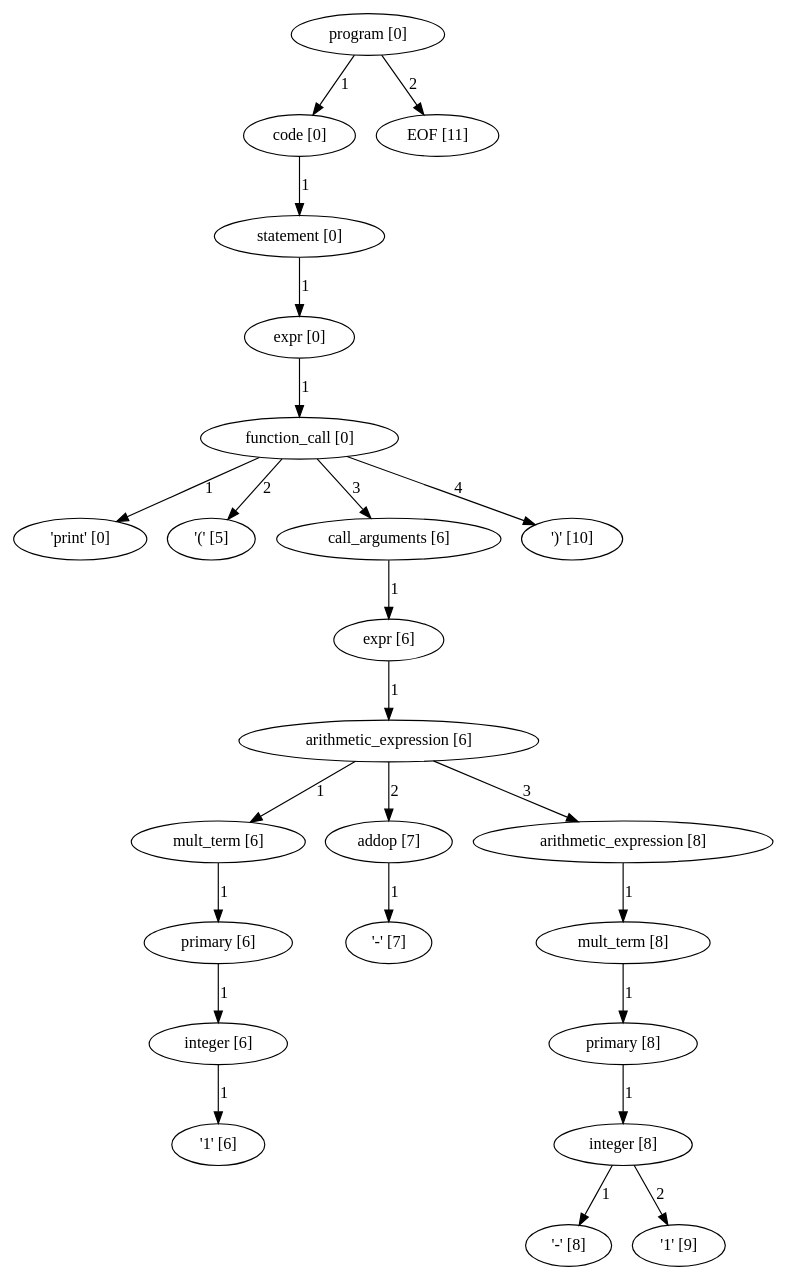
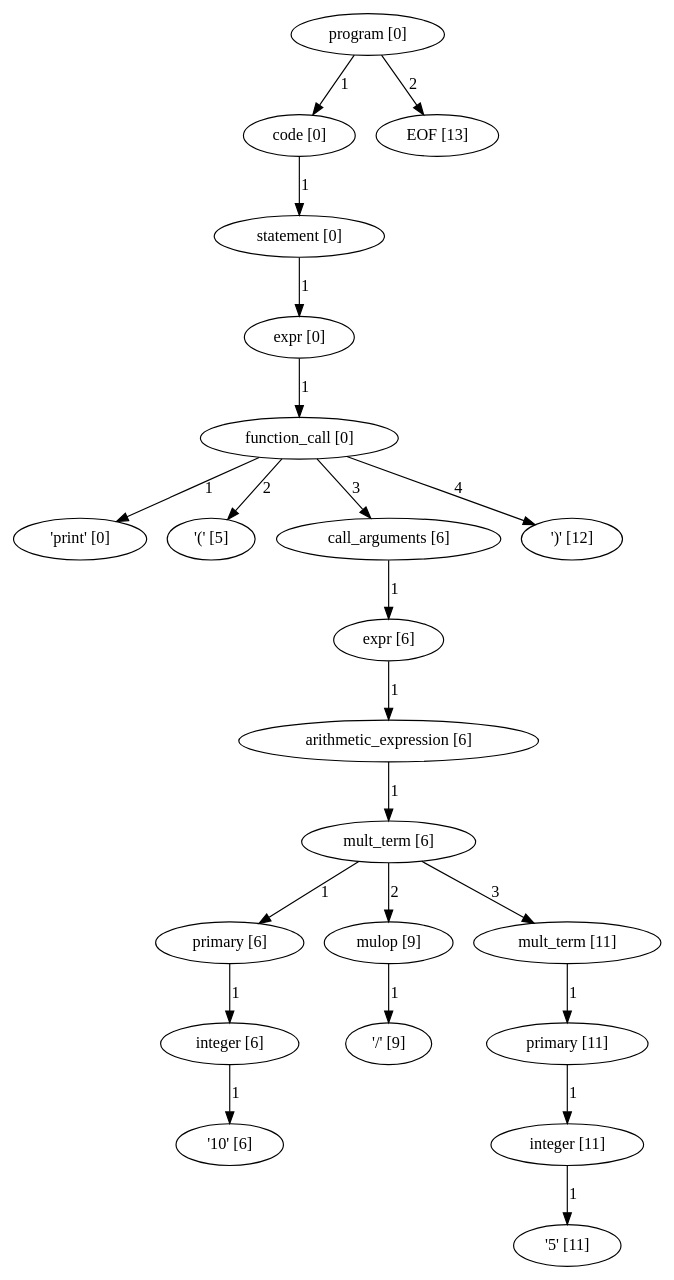
One commit to pragdave/cs3342_smurf changed the diagram in RealProject/program_parse_tree.dot. Above: the diagram before and after it, drawn with Graphviz. The commit also changed 7 other files, not shown here.

```diff
--- a/RealProject/program_parse_tree.dot
+++ b/RealProject/program_parse_tree.dot
@@ -1,72 +1,66 @@
 digraph arpeggio_graph {
-2621440699384 [label="program [0]"];
-2621440699384->2621440699928 [label="1"]
+2772143938960 [label="program [0]"];
+2772143938960->2772143939096 [label="1"]
 
-2621440699928 [label="code [0]"];
-2621440699928->2621440884944 [label="1"]
+2772143939096 [label="code [0]"];
+2772143939096->2772144153736 [label="1"]
 
-2621440884944 [label="statement [0]"];
-2621440884944->2621440884808 [label="1"]
+2772144153736 [label="statement [0]"];
+2772144153736->2772144153600 [label="1"]
 
-2621440884808 [label="expr [0]"];
-2621440884808->2621440868136 [label="1"]
+2772144153600 [label="expr [0]"];
+2772144153600->2772144153464 [label="1"]
 
-2621440868136 [label="function_call [0]"];
-2621440868136->2621440281240 [label="1"]
+2772144153464 [label="function_call [0]"];
+2772144153464->2772143524504 [label="1"]
 
-2621440281240 [label=" 'print' [0]"];
-2621440868136->2621440281360 [label="2"]
+2772143524504 [label=" 'print' [0]"];
+2772144153464->2772143524624 [label="2"]
 
-2621440281360 [label=" '(' [5]"];
-2621440868136->2621440868000 [label="3"]
+2772143524624 [label=" '(' [5]"];
+2772144153464->2772144153328 [label="3"]
 
-2621440868000 [label="call_arguments [6]"];
-2621440868000->2621440867864 [label="1"]
+2772144153328 [label="call_arguments [6]"];
+2772144153328->2772144153192 [label="1"]
 
-2621440867864 [label="expr [6]"];
-2621440867864->2621440867728 [label="1"]
+2772144153192 [label="expr [6]"];
+2772144153192->2772144153056 [label="1"]
 
-2621440867728 [label="arithmetic_expression [6]"];
-2621440867728->2621440866096 [label="1"]
+2772144153056 [label="arithmetic_expression [6]"];
+2772144153056->2772144152920 [label="1"]
 
-2621440866096 [label="mult_term [6]"];
-2621440866096->2621440865960 [label="1"]
+2772144152920 [label="mult_term [6]"];
+2772144152920->2772144110992 [label="1"]
 
-2621440865960 [label="primary [6]"];
-2621440865960->2621440865824 [label="1"]
+2772144110992 [label="primary [6]"];
+2772144110992->2772144110856 [label="1"]
 
-2621440865824 [label="integer [6]"];
-2621440865824->2621440868544 [label="1"]
+2772144110856 [label="integer [6]"];
+2772144110856->2772144128312 [label="1"]
 
-2621440868544 [label=" '1' [6]"];
-2621440867728->2621440866232 [label="2"]
+2772144128312 [label=" '10' [6]"];
+2772144152920->2772144111128 [label="2"]
 
-2621440866232 [label="addop [7]"];
-2621440866232->2621440868664 [label="1"]
+2772144111128 [label="mulop [9]"];
+2772144111128->2772144128432 [label="1"]
 
-2621440868664 [label=" '-' [7]"];
-2621440867728->2621440867592 [label="3"]
+2772144128432 [label=" '/' [9]"];
+2772144152920->2772144152784 [label="3"]
 
-2621440867592 [label="arithmetic_expression [8]"];
-2621440867592->2621440867456 [label="1"]
+2772144152784 [label="mult_term [11]"];
+2772144152784->2772144152648 [label="1"]
 
-2621440867456 [label="mult_term [8]"];
-2621440867456->2621440867320 [label="1"]
+2772144152648 [label="primary [11]"];
+2772144152648->2772144109496 [label="1"]
 
-2621440867320 [label="primary [8]"];
-2621440867320->2621440865416 [label="1"]
+2772144109496 [label="integer [11]"];
+2772144109496->2772144128672 [label="1"]
 
-2621440865416 [label="integer [8]"];
-2621440865416->2621440869504 [label="1"]
+2772144128672 [label=" '5' [11]"];
+2772144153464->2772144128792 [label="4"]
 
-2621440869504 [label=" '-' [8]"];
-2621440865416->2621440869624 [label="2"]
+2772144128792 [label=" ')' [12]"];
+2772143938960->2772143525104 [label="2"]
 
-2621440869624 [label=" '1' [9]"];
-2621440868136->2621440869744 [label="4"]
-
-2621440869744 [label=" ')' [10]"];
-2621440699384->2621440281480 [label="2"]
-
-2621440281480 [label="EOF [11]"];
+2772143525104 [label="EOF [13]"];
 }
```
